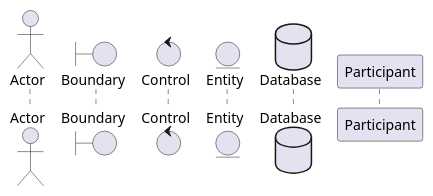
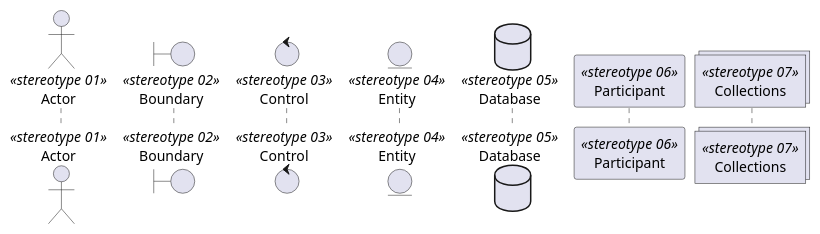
The diagram in sequence-diagram-01.puml (spiegel-im-spiegel/plantuml-sample), drawn with PlantUML before and after one commit. The commit also changed 16 other files, not shown here.

```diff
--- a/sequence-diagram-01.puml
+++ b/sequence-diagram-01.puml
@@ -1,13 +1,11 @@
 @startuml
-/'
- ' Samples for Sequence Diagrams
- '/
 
-actor Actor
-boundary Boundary
-control Control
-entity Entity
-database Database
-participant Participant
+actor Actor <<stereotype 01>>
+boundary Boundary <<stereotype 02>>
+control Control <<stereotype 03>>
+entity Entity <<stereotype 04>>
+database Database <<stereotype 05>>
+participant Participant <<stereotype 06>>
+collections Collections <<stereotype 07>>
 
 @enduml
```
